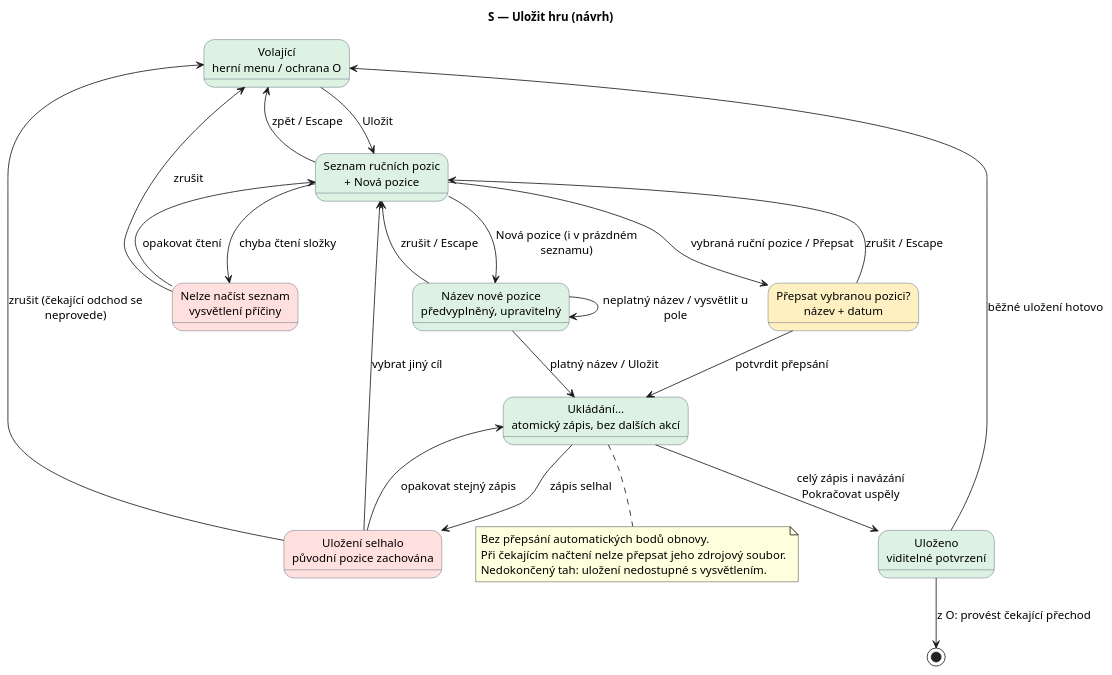
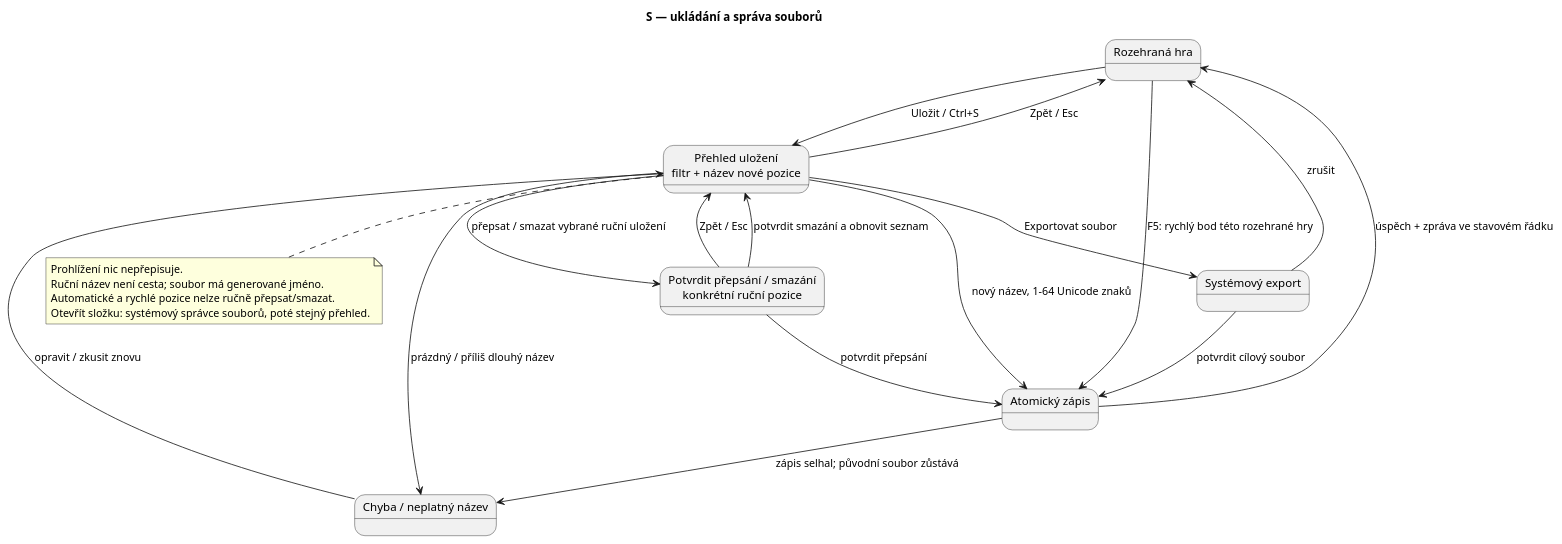
Before and after one commit to jajir/microcol: the diagram in docs/diagrams/save-load/save.puml, drawn with PlantUML. The commit also changed 56 other files, not shown here.

Commit message:
Add unified saved-game browser and in-game session menu

```diff
--- a/docs/diagrams/save-load/save.puml
+++ b/docs/diagrams/save-load/save.puml
@@ -1,44 +1,32 @@
 @startuml
-title S — Uložit hru (návrh)
+title S — ukládání a správa souborů
 skinparam shadowing false
 skinparam defaultFontName SansSerif
-skinparam defaultFontSize 14
-skinparam state {
-  BackgroundColor #DDF2E3
-  BorderColor #475569
-  BackgroundColor<<potvrzeni>> #FFF0C2
-  BackgroundColor<<chyba>> #FFE0DF
-}
-state "Volající\nherní menu / ochrana O" as Caller
-state "Seznam ručních pozic\n+ Nová pozice" as List
-state "Název nové pozice\npředvyplněný, upravitelný" as Name
-state "Přepsat vybranou pozici?\nnázev + datum" as Overwrite <<potvrzeni>>
-state "Ukládání…\natomický zápis, bez dalších akcí" as Writing
-state "Uložení selhalo\npůvodní pozice zachována" as Error <<chyba>>
-state "Nelze načíst seznam\nvysvětlení příčiny" as ListError <<chyba>>
-state "Uloženo\nviditelné potvrzení" as Done
-Caller --> List : Uložit
-List --> Caller : zpět / Escape
-List --> ListError : chyba čtení složky
-ListError --> List : opakovat čtení
-ListError --> Caller : zrušit
-List --> Name : Nová pozice (i v prázdném\nseznamu)
-Name --> Name : neplatný název / vysvětlit u\npole
-Name --> List : zrušit / Escape
-Name --> Writing : platný název / Uložit
-List --> Overwrite : vybraná ruční pozice / Přepsat
-Overwrite --> List : zrušit / Escape
-Overwrite --> Writing : potvrdit přepsání
-Writing --> Error : zápis selhal
-Error --> Writing : opakovat stejný zápis
-Error --> List : vybrat jiný cíl
-Error --> Caller : zrušit (čekající odchod se\nneprovede)
-Writing --> Done : celý zápis i navázání\nPokračovat uspěly
-Done --> Caller : běžné uložení hotovo
-Done --> [*] : z O: provést čekající přechod
-note bottom of Writing
-  Bez přepsání automatických bodů obnovy.
-  Při čekajícím načtení nelze přepsat jeho zdrojový soubor.
-  Nedokončený tah: uložení nedostupné s vysvětlením.
+state "Rozehraná hra" as Game
+state "Přehled uložení\nfiltr + název nové pozice" as List
+state "Potvrdit přepsání / smazání\nkonkrétní ruční pozice" as Confirm
+state "Atomický zápis" as Write
+state "Chyba / neplatný název" as Error
+state "Systémový export" as Export
+Game --> List : Uložit / Ctrl+S
+List --> Game : Zpět / Esc
+List --> Write : nový název, 1–64 Unicode znaků
+List --> Error : prázdný / příliš dlouhý název
+Error --> List : opravit / zkusit znovu
+List --> Confirm : přepsat / smazat vybrané ruční uložení
+Confirm --> List : Zpět / Esc
+Confirm --> List : potvrdit smazání a obnovit seznam
+Confirm --> Write : potvrdit přepsání
+Write --> Error : zápis selhal; původní soubor zůstává
+Write --> Game : úspěch + zpráva ve stavovém řádku
+List --> Export : Exportovat soubor
+Export --> Game : zrušit
+Export --> Write : potvrdit cílový soubor
+Game --> Write : F5: rychlý bod této rozehrané hry
+note bottom of List
+Prohlížení nic nepřepisuje.
+Ruční název není cesta; soubor má generované jméno.
+Automatické a rychlé pozice nelze ručně přepsat/smazat.
+Otevřít složku: systémový správce souborů, poté stejný přehled.
 end note
 @enduml
```
